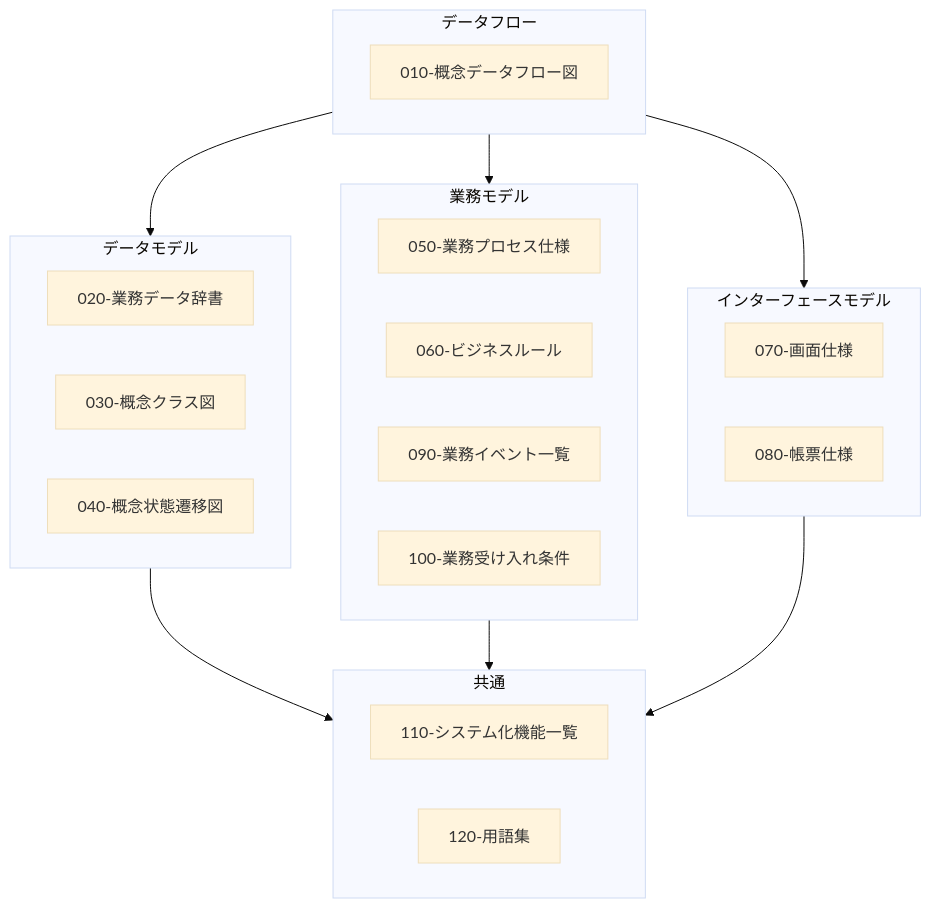
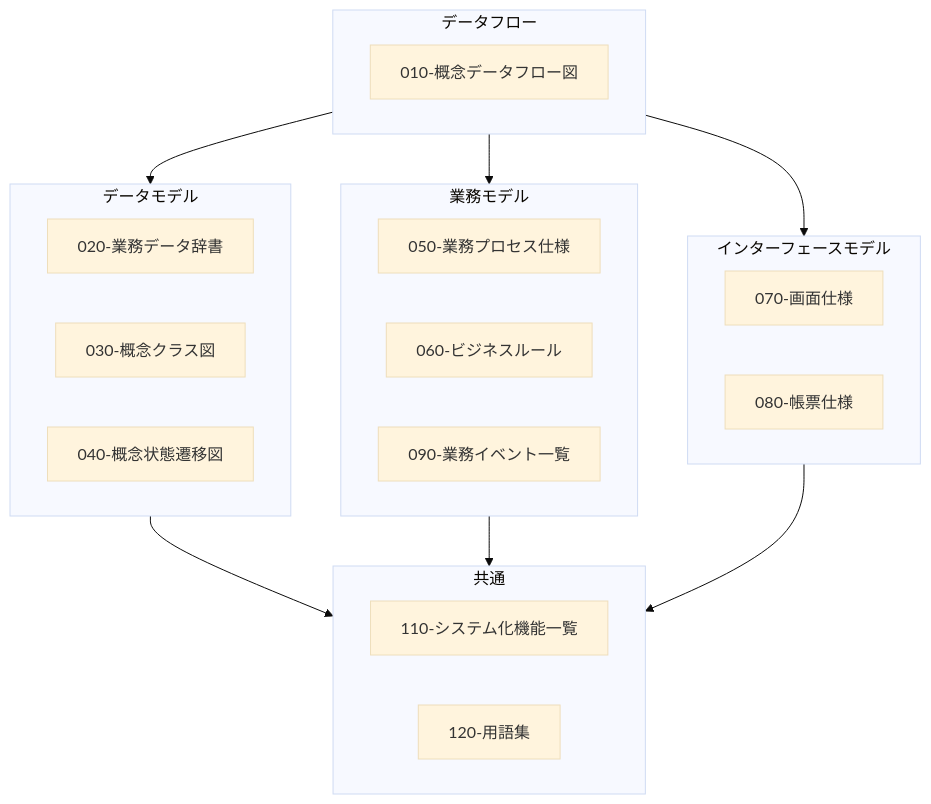
The diagram in docs/handbook/guidelines/docs-contents-guide.md (specdojo/spec-dojo-handbook), drawn with Mermaid (base theme) before and after one commit. The commit also changed other lines of this file and 2 other files, not shown here.

````diff
--- a/docs/handbook/guidelines/docs-contents-guide.md
+++ b/docs/handbook/guidelines/docs-contents-guide.md
@@ -57,37 +66,36 @@
 ```mermaid
 flowchart
   subgraph データフロー
     概念データフロー図[010-概念データフロー図]
   end
 
   subgraph データモデル
     業務データ辞書[020-業務データ辞書]
     概念クラス図[030-概念クラス図]
     概念状態遷移図[040-概念状態遷移図]
   end
 
   subgraph 業務モデル
     業務プロセス仕様[050-業務プロセス仕様]
     ビジネスルール[060-ビジネスルール]
     業務イベント一覧[090-業務イベント一覧]
-    業務受け入れ条件[100-業務受け入れ条件]
   end
 
   subgraph インターフェースモデル
     画面仕様[070-画面仕様]
     帳票仕様[080-帳票仕様]
   end
 
   subgraph 共通
     direction LR
     システム化機能一覧[110-システム化機能一覧]
     用語集[120-用語集]
   end
 
   データフロー --> データモデル
   データフロー --> 業務モデル
   データフロー --> インターフェースモデル
   データモデル --> 共通
   業務モデル --> 共通
   インターフェースモデル --> 共通
 ```
````
